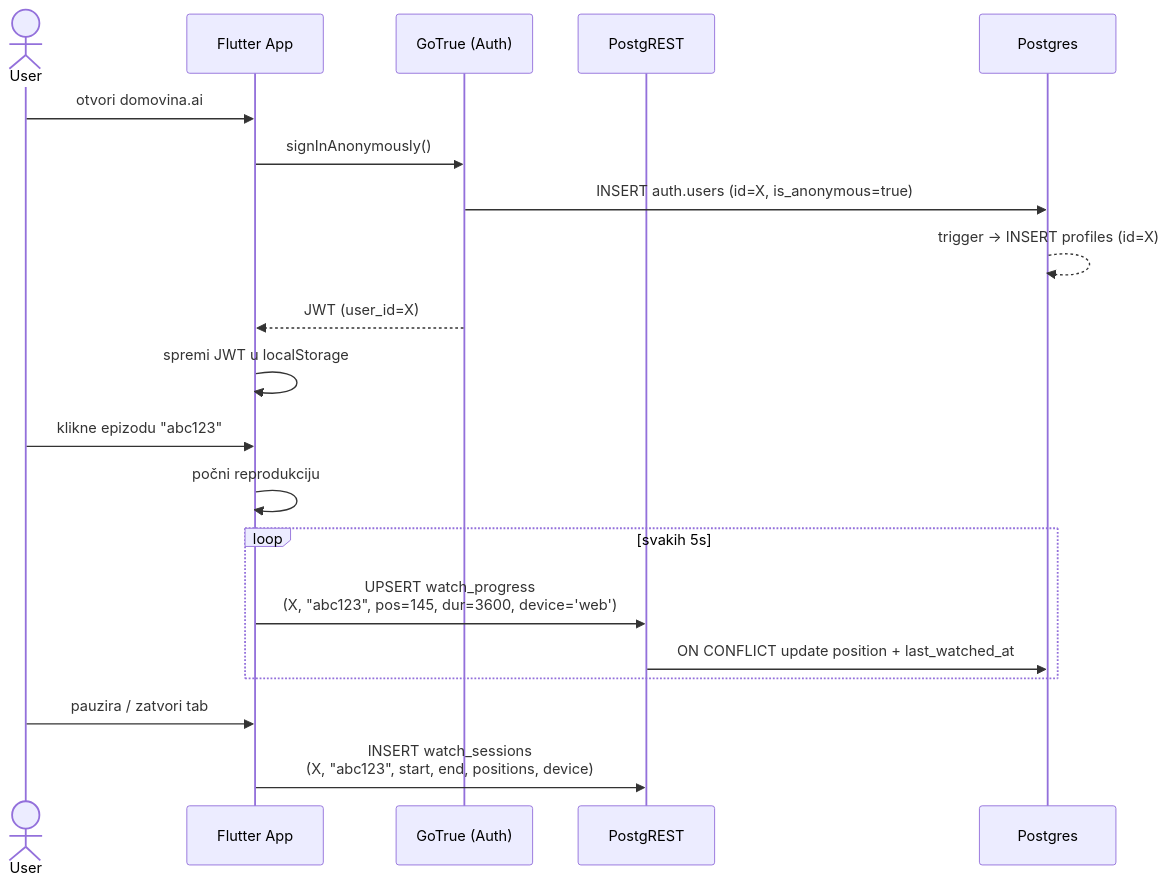
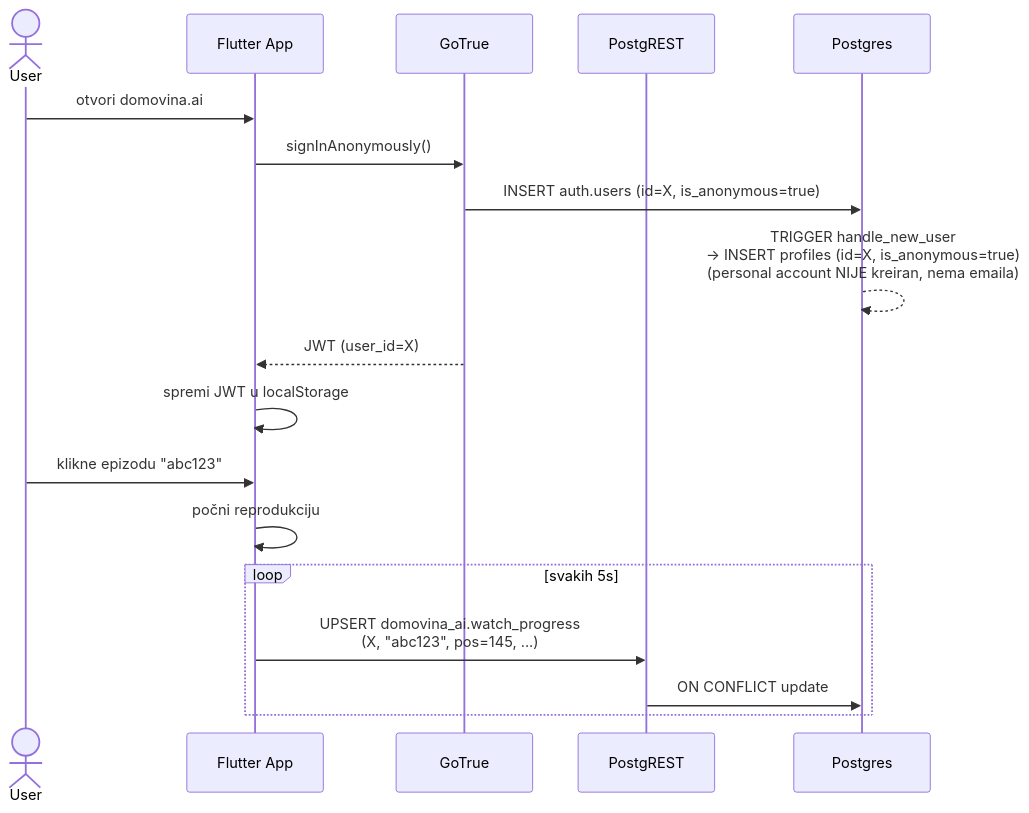
Before and after one commit to domovinatv/ai.domovina.tv: the sixth of 13 diagrams in docs/auth-and-database-plan.md, drawn with Mermaid. The commit also changed other lines of this file, not shown here.

First line of the commit message:
docs(auth): v2 — GitHub-style accounts/orgs + Supabase best practices

````diff
--- a/docs/auth-and-database-plan.md
+++ b/docs/auth-and-database-plan.md
@@ -331,26 +476,23 @@
 ```mermaid
 sequenceDiagram
     actor User
     participant App as Flutter App
-    participant Auth as GoTrue (Auth)
+    participant Auth as GoTrue
     participant API as PostgREST
     participant DB as Postgres
 
     User->>App: otvori domovina.ai
     App->>Auth: signInAnonymously()
     Auth->>DB: INSERT auth.users (id=X, is_anonymous=true)
-    DB-->>DB: trigger → INSERT profiles (id=X)
+    DB-->>DB: TRIGGER handle_new_user<br/>→ INSERT profiles (id=X, is_anonymous=true)<br/>(personal account NIJE kreiran, nema emaila)
     Auth-->>App: JWT (user_id=X)
     App->>App: spremi JWT u localStorage
 
     User->>App: klikne epizodu "abc123"
     App->>App: počni reprodukciju
 
     loop svakih 5s
-        App->>API: UPSERT watch_progress<br/>(X, "abc123", pos=145, dur=3600, device='web')
-        API->>DB: ON CONFLICT update position + last_watched_at
+        App->>API: UPSERT domovina_ai.watch_progress<br/>(X, "abc123", pos=145, ...)
+        API->>DB: ON CONFLICT update
     end
-
-    User->>App: pauzira / zatvori tab
-    App->>API: INSERT watch_sessions<br/>(X, "abc123", start, end, positions, device)
 ```
````
